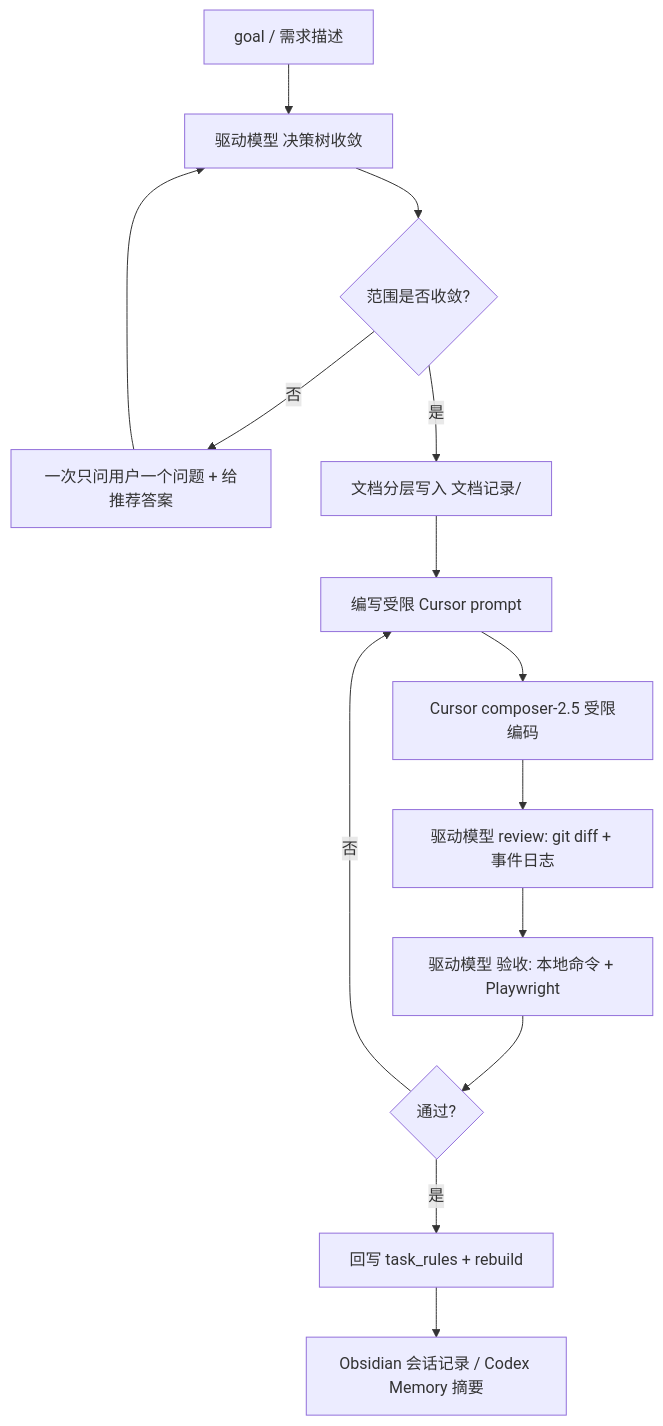
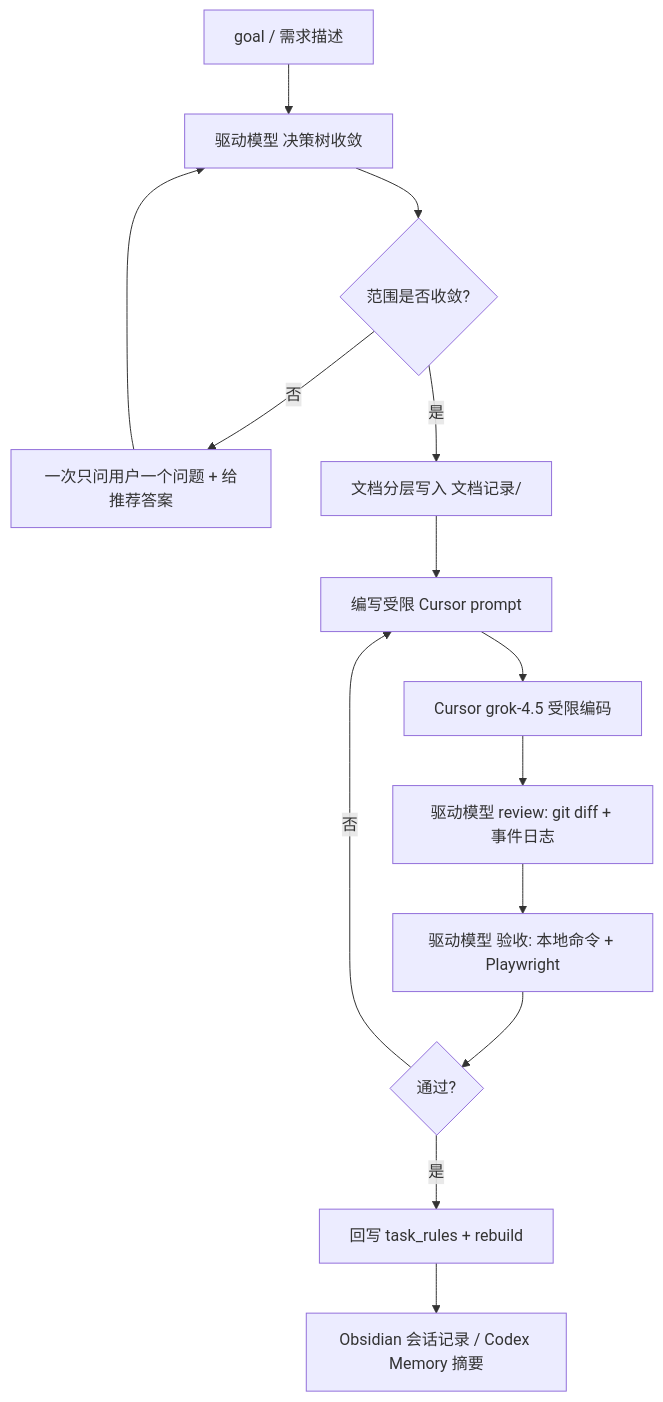
One commit to JeanbartBiubiu/damage_viewer_project_planning changed the diagram in 项目设计说明书/06-开发模式与协同流程.md. Above: the diagram before and after it, drawn with Mermaid. The commit also changed other lines of this file and 25 other files, not shown here.

````diff
--- a/项目设计说明书/06-开发模式与协同流程.md
+++ b/项目设计说明书/06-开发模式与协同流程.md
@@ -46,16 +46,16 @@
 ```mermaid
 flowchart TD
     A[goal / 需求描述] --> B[驱动模型 决策树收敛]
     B --> C{范围是否收敛?}
     C -->|否| D[一次只问用户一个问题 + 给推荐答案]
     D --> B
     C -->|是| E[文档分层写入 文档记录/]
     E --> F[编写受限 Cursor prompt]
-    F --> G[Cursor composer-2.5 受限编码]
+    F --> G[Cursor grok-4.5 受限编码]
     G --> H[驱动模型 review: git diff + 事件日志]
     H --> I[驱动模型 验收: 本地命令 + Playwright]
     I --> J{通过?}
     J -->|否| F
     J -->|是| K[回写 task_rules + rebuild]
     K --> L[Obsidian 会话记录 / Codex Memory 摘要]
 ```
````
